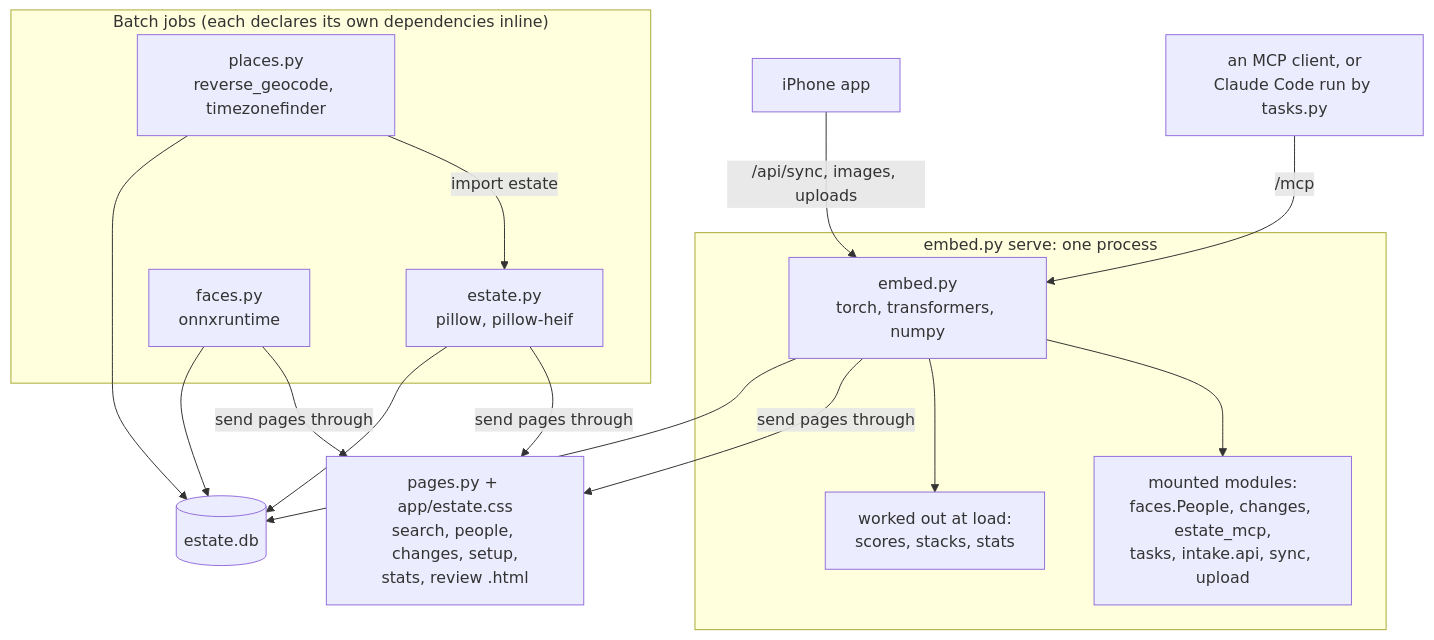
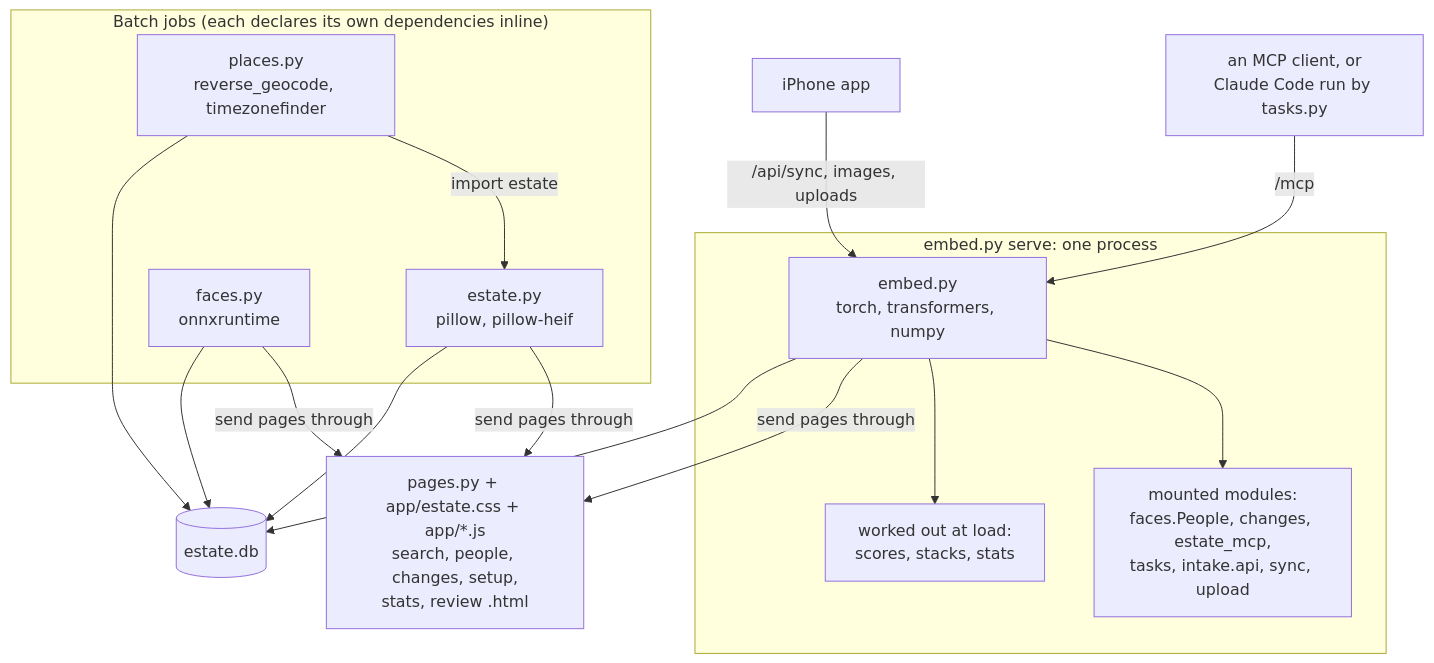
Before and after one commit to jflam/photo-estate: the second of 2 diagrams in docs/book/02-code-tour.md, drawn with Mermaid. The commit also changed other lines of this file and 39 other files, not shown here.

````diff
--- a/docs/book/02-code-tour.md
+++ b/docs/book/02-code-tour.md
@@ -222,24 +269,24 @@
 ```mermaid
 flowchart TD
     subgraph batch["Batch jobs (each declares its own dependencies inline)"]
       EST["estate.py<br/>pillow, pillow-heif"]
       PLC["places.py<br/>reverse_geocode, timezonefinder"]
       FAC["faces.py<br/>onnxruntime"]
     end
     subgraph server["embed.py serve: one process"]
       EMB["embed.py<br/>torch, transformers, numpy"]
       MODS["mounted modules:<br/>faces.People, changes, estate_mcp,<br/>tasks, intake.api, sync, upload"]
       LOAD["worked out at load:<br/>scores, stacks, stats"]
     end
-    PAGES["pages.py + app/estate.css<br/>search, people, changes, setup,<br/>stats, review .html"]
+    PAGES["pages.py + app/estate.css + app/*.js<br/>search, people, changes, setup,<br/>stats, review .html"]
     DB[("estate.db")]
     PHONE["iPhone app"]
     AGENT["an MCP client, or<br/>Claude Code run by tasks.py"]
 
     PLC -->|"import estate"| EST
     EMB --> MODS & LOAD
     EST & FAC & EMB -->|"send pages through"| PAGES
     EST & PLC & FAC & EMB --> DB
     PHONE -->|"/api/sync, images, uploads"| EMB
     AGENT -->|"/mcp"| EMB
 ```
````
